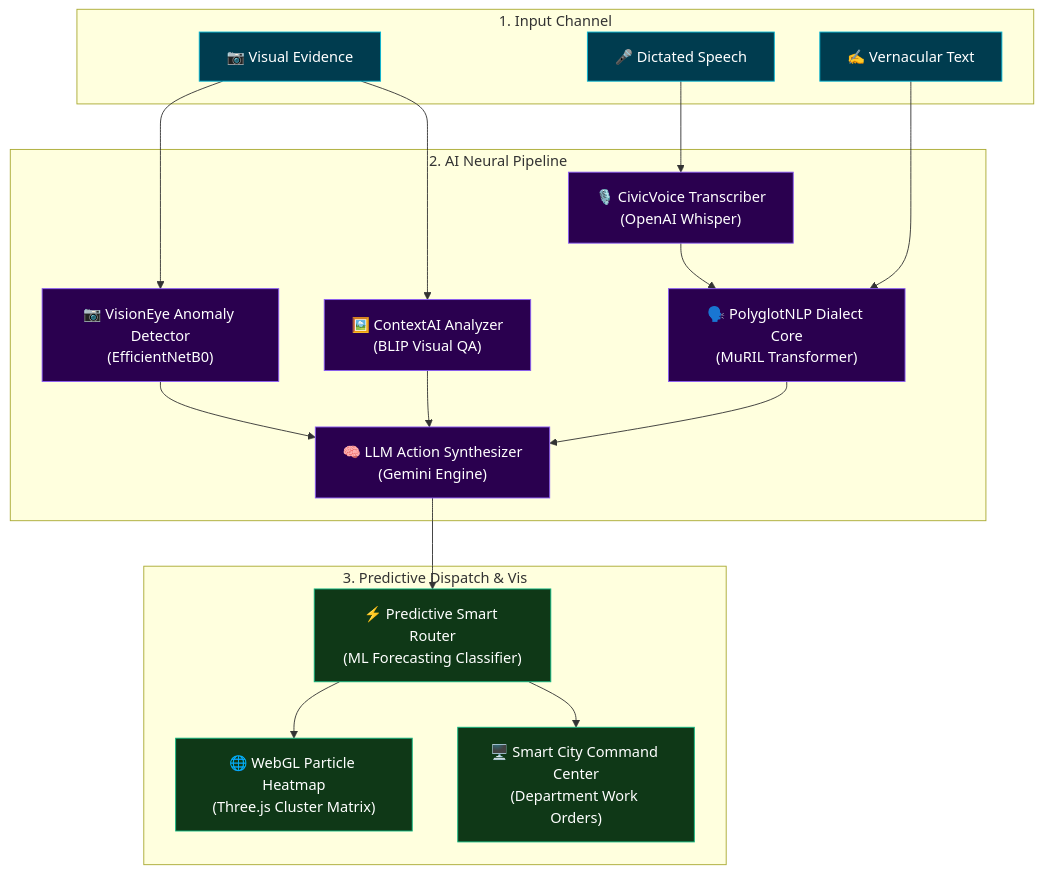
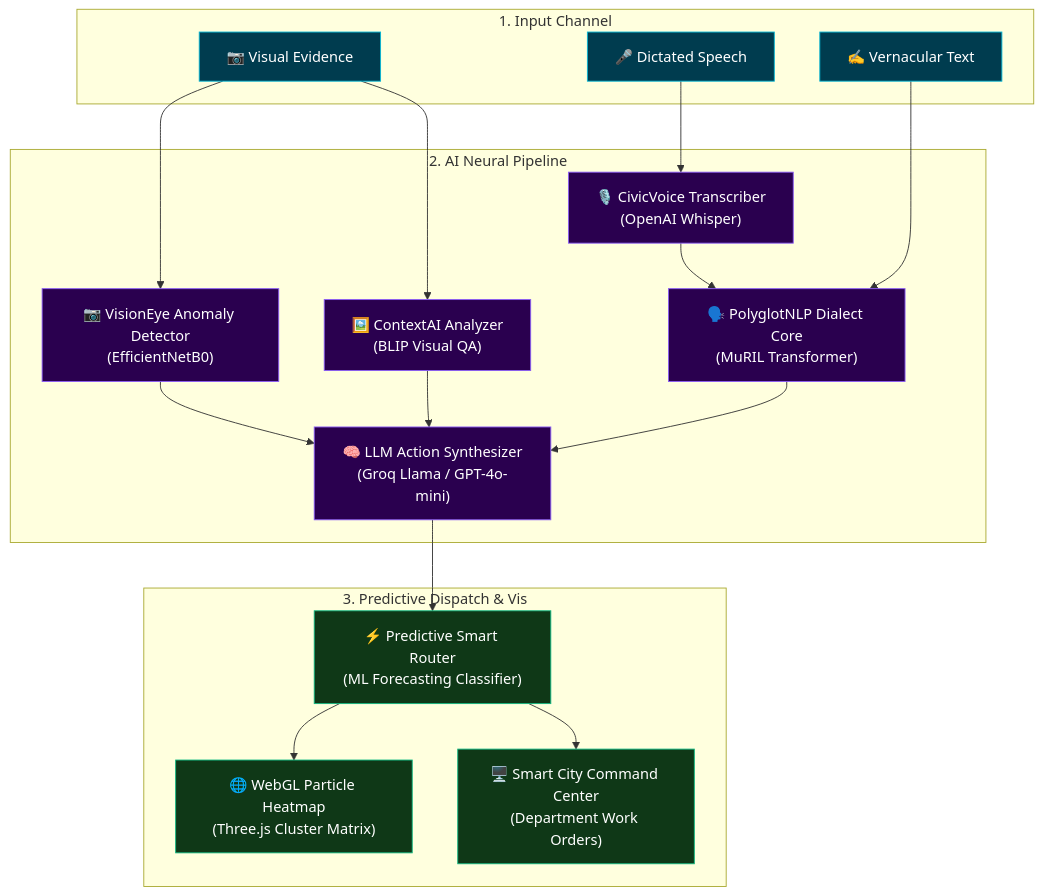
The diagram in README.md (Yash913212/Civic-Connect), drawn with Mermaid before and after one commit. The commit also changed other lines of this file and 5 other files, not shown here.

````diff
--- a/README.md
+++ b/README.md
@@ -21,51 +40,44 @@
 ```mermaid
 graph TD
-    %% Citizen Node Input
     subgraph Input ["1. Input Channel"]
         Image[📷 Visual Evidence]
         Audio[🎤 Dictated Speech]
         Text[✍️ Vernacular Text]
     end
 
-    %% AI Pipeline
     subgraph AI ["2. AI Neural Pipeline"]
         Vision["📷 VisionEye Anomaly Detector<br/>(EfficientNetB0)"]
         BLIP["🖼️ ContextAI Analyzer<br/>(BLIP Visual QA)"]
         NLP["🗣️ PolyglotNLP Dialect Core<br/>(MuRIL Transformer)"]
         Whisper["🎙️ CivicVoice Transcriber<br/>(OpenAI Whisper)"]
-        
-        Gemini["🧠 LLM Action Synthesizer<br/>(Gemini Engine)"]
+        LLM["🧠 LLM Action Synthesizer<br/>(Groq Llama / GPT-4o-mini)"]
     end
 
-    %% Routing and Visuals
     subgraph Action ["3. Predictive Dispatch & Vis"]
         Router["⚡ Predictive Smart Router<br/>(ML Forecasting Classifier)"]
         Heatmap["🌐 WebGL Particle Heatmap<br/>(Three.js Cluster Matrix)"]
         Command["🖥️ Smart City Command Center<br/>(Department Work Orders)"]
     end
 
-    %% Mapping inputs to AI layers
     Image --> Vision
     Image --> BLIP
     Audio --> Whisper --> NLP
     Text --> NLP
 
-    %% Intermediate processing
-    Vision --> Gemini
-    BLIP --> Gemini
-    NLP --> Gemini
-    
-    %% Action Routing
-    Gemini --> Router
+    Vision --> LLM
+    BLIP --> LLM
+    NLP --> LLM
+
+    LLM --> Router
     Router --> Heatmap
     Router --> Command
-    
+
     classDef default fill:#090d16,stroke:#1e293b,color:#fff;
     classDef input fill:#003c4f,stroke:#06b6d4,color:#fff;
     classDef ai fill:#2a004f,stroke:#8b5cf6,color:#fff;
     classDef action fill:#0f3817,stroke:#10b981,color:#fff;
-    
+
     class Image,Audio,Text input;
-    class Vision,BLIP,NLP,Whisper,Gemini ai;
+    class Vision,BLIP,NLP,Whisper,LLM ai;
     class Router,Heatmap,Command action;
 ```
````
